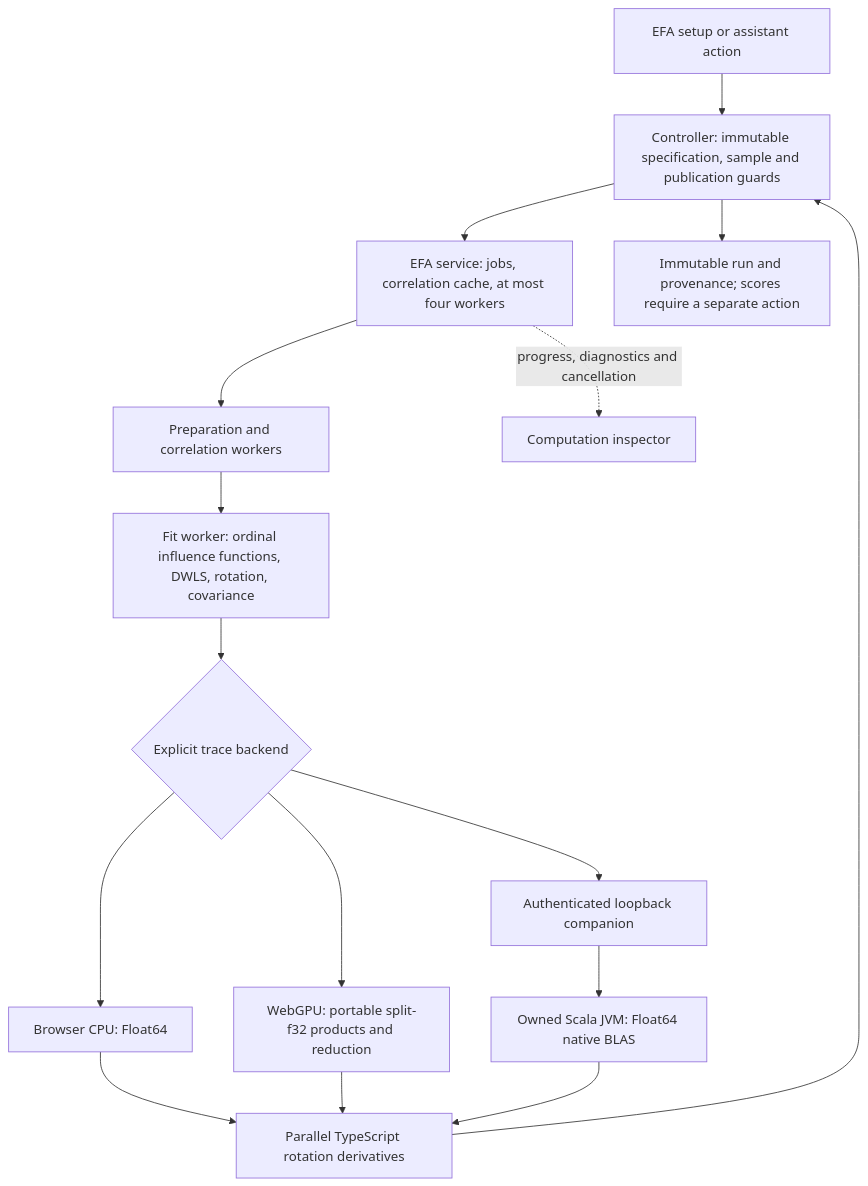
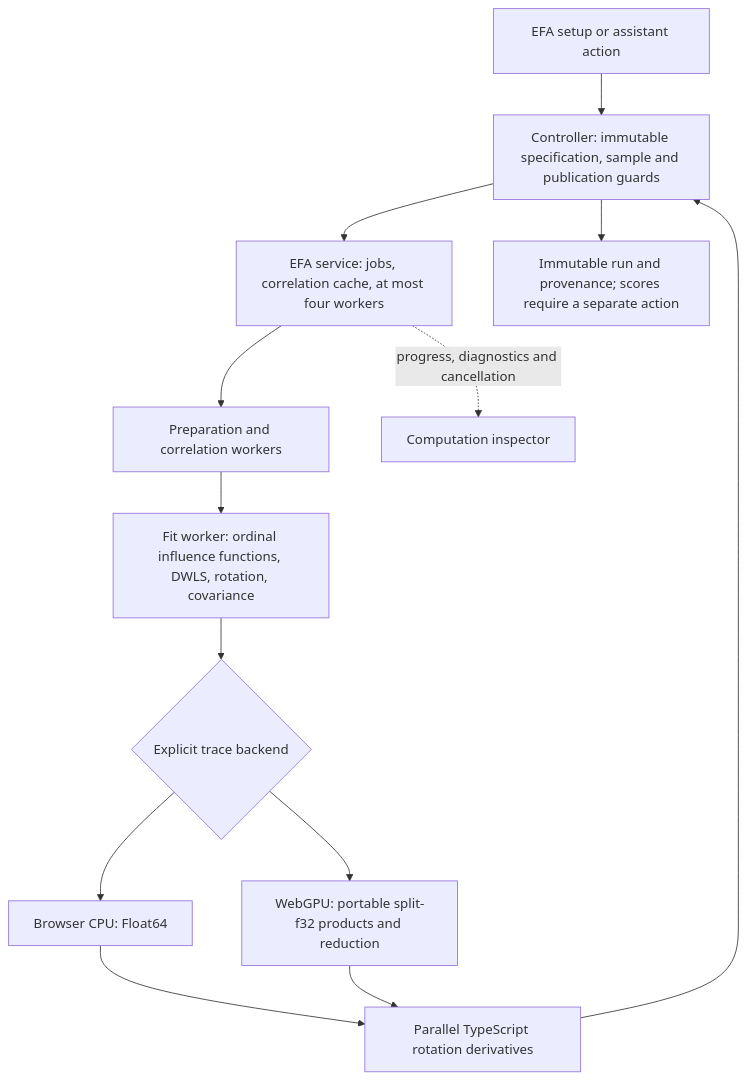
The diagram in docs/EFA-BACKENDS.md (kaiser-factorial/scatter-lab), drawn with Mermaid before and after one commit. The commit also changed other lines of this file and 153 other files, not shown here.

````diff
--- a/docs/EFA-BACKENDS.md
+++ b/docs/EFA-BACKENDS.md
@@ -5,18 +5,15 @@
 ```mermaid
 flowchart TD
   UI[EFA setup or assistant action] --> C[Controller: immutable specification, sample and publication guards]
   C --> S[EFA service: jobs, correlation cache, at most four workers]
   S --> P[Preparation and correlation workers]
   P --> F[Fit worker: ordinal influence functions, DWLS, rotation, covariance]
   F --> B{Explicit trace backend}
   B --> CPU[Browser CPU: Float64]
   B --> GPU[WebGPU: portable split-f32 products and reduction]
-  B --> HTTP[Authenticated loopback companion]
-  HTTP --> JVM[Owned Scala JVM: Float64 native BLAS]
   CPU --> R[Parallel TypeScript rotation derivatives]
   GPU --> R
-  JVM --> R
   R --> C
   C --> SAVE[Immutable run and provenance; scores require a separate action]
   S -. progress, diagnostics and cancellation .-> I[Computation inspector]
 ```
````
